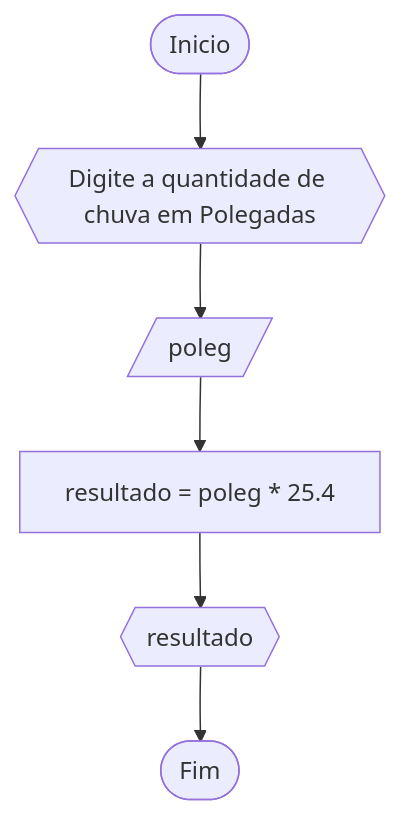
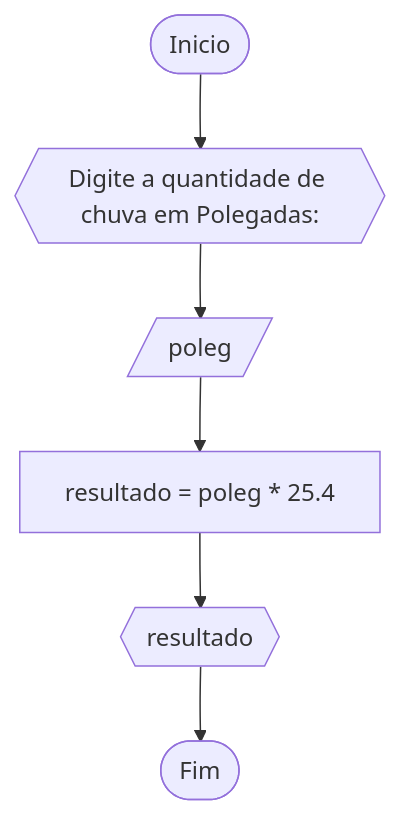
One commit to eryckmike/Unifor changed the third of 10 diagrams in RLA/Lista2_exercicios.md. Above: the diagram before and after it, drawn with Mermaid. The commit also changed other lines of this file, not shown here.

````diff
--- a/RLA/Lista2_exercicios.md
+++ b/RLA/Lista2_exercicios.md
@@ -23,8 +44,8 @@
 ```mermaid
 flowchart TD 
-A([Inicio]) --> B{{Digite a quantidade de chuva em Polegadas}}
+A([Inicio]) --> B{{Digite a quantidade de chuva em Polegadas:}}
 B --> C[/poleg/]
 C --> D[resultado = poleg * 25.4]
 D --> E{{resultado}}
 E --> F([Fim])
 ```
````
